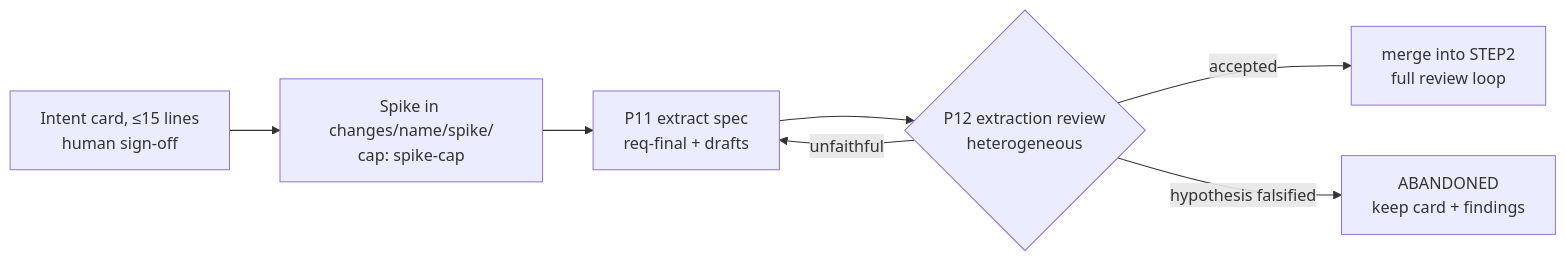
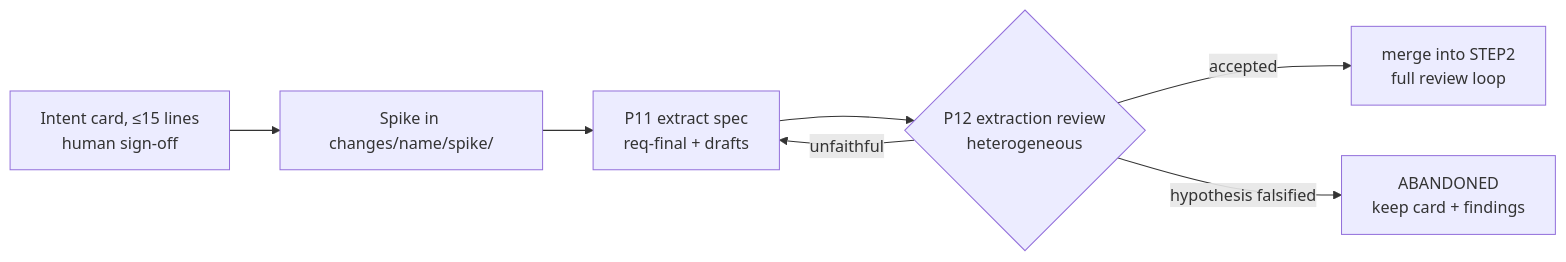
The first of 2 diagrams in docs/concepts.md (Apriorhythm/apriori-spec-development), drawn with Mermaid before and after one commit. The commit also changed other lines of this file and 9 other files, not shown here.

````diff
--- a/docs/concepts.md
+++ b/docs/concepts.md
@@ -264,9 +264,9 @@
 ```mermaid
 graph LR
-    IC[Intent card, ≤15 lines<br/>human sign-off] --> SP[Spike in changes/name/spike/<br/>cap: spike-cap]
+    IC[Intent card, ≤15 lines<br/>human sign-off] --> SP[Spike in changes/name/spike/]
     SP --> P11[P11 extract spec<br/>req-final + drafts]
     P11 --> P12{P12 extraction review<br/>heterogeneous}
     P12 -- accepted --> S2[merge into STEP2<br/>full review loop]
     P12 -- unfaithful --> P11
     P12 -- hypothesis falsified --> AB[ABANDONED<br/>keep card + findings]
 ```
````
